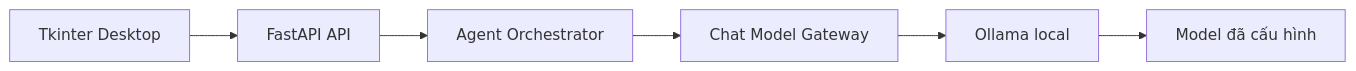
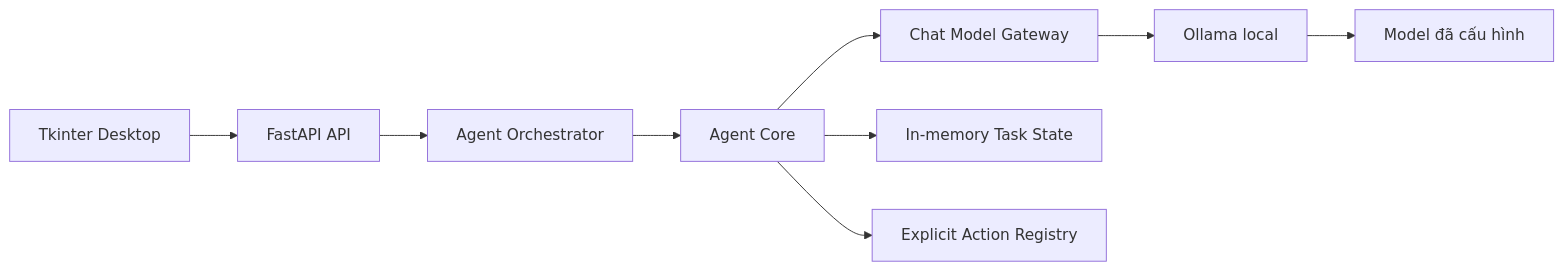
The diagram in README.md (PGVuLam/NEUTRONS), drawn with Mermaid before and after one commit. The commit also changed other lines of this file and 13 other files, not shown here.

````diff
--- a/README.md
+++ b/README.md
@@ -9,8 +9,11 @@
 ```mermaid
 flowchart LR
     UI[Tkinter Desktop] --> API[FastAPI API]
     API --> CORE[Agent Orchestrator]
-    CORE --> GATEWAY[Chat Model Gateway]
+    CORE --> AGENT[Agent Core]
+    AGENT --> GATEWAY[Chat Model Gateway]
+    AGENT --> STATE[In-memory Task State]
+    AGENT --> ACTIONS[Explicit Action Registry]
     GATEWAY --> OLLAMA[Ollama local]
     OLLAMA --> MODEL[Model đã cấu hình]
 ```
````
